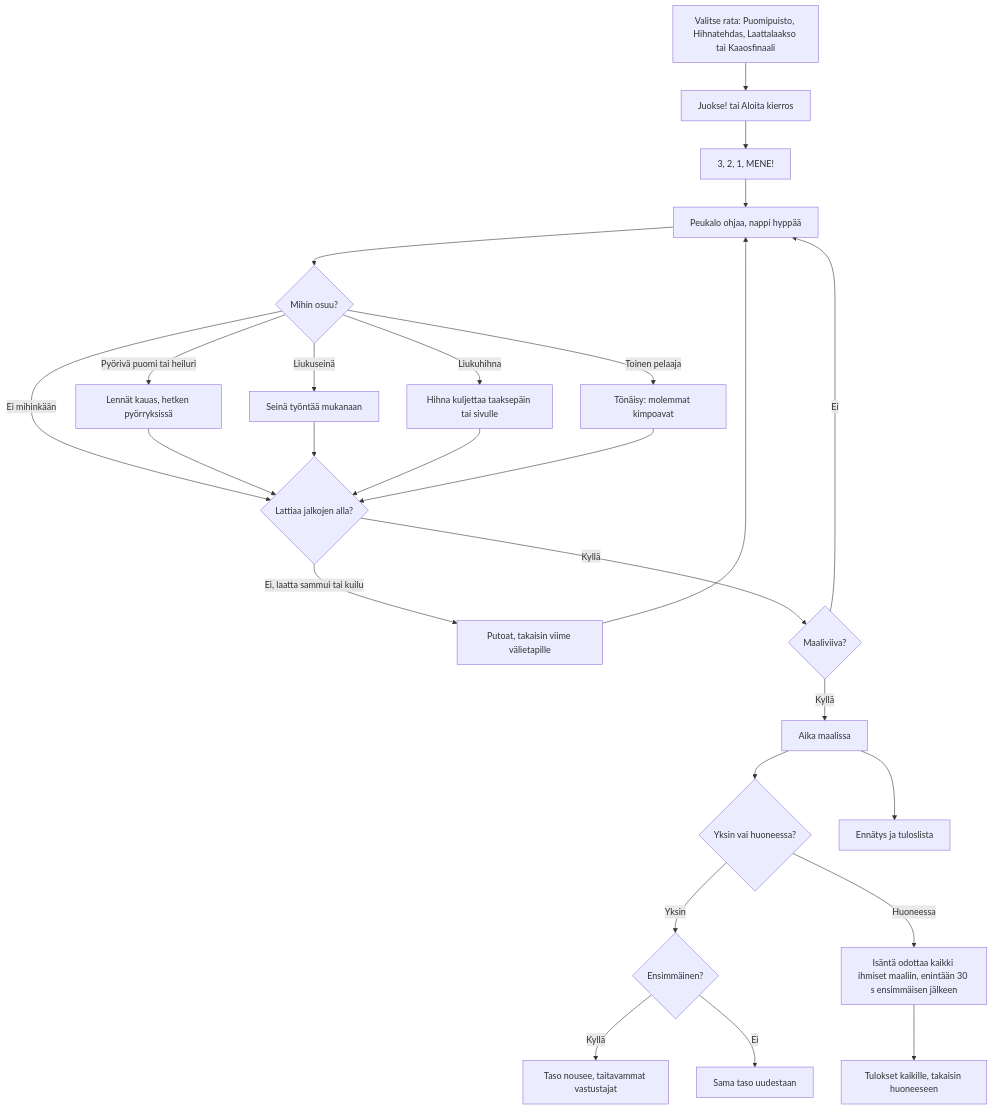
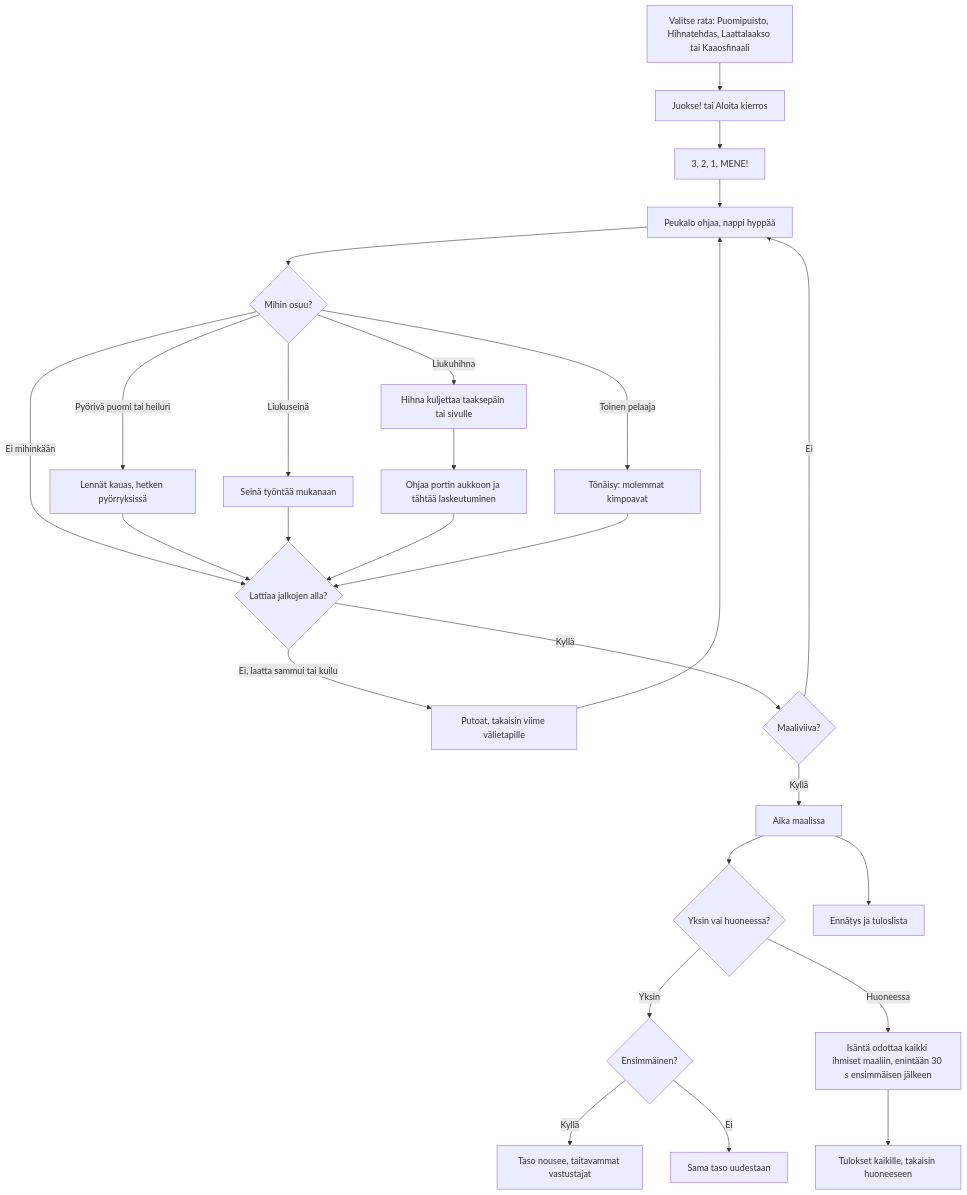
One commit to eerovil/ai-pelit changed the diagram in docs/diagrams/kaaosrata.md. Above: the diagram before and after it, drawn with Mermaid. The commit also changed other lines of this file and 34 other files, not shown here.

````diff
--- a/docs/diagrams/kaaosrata.md
+++ b/docs/diagrams/kaaosrata.md
@@ -18,34 +20,35 @@
 ```mermaid
 flowchart TD
   V[Valitse rata: Puomipuisto, Hihnatehdas, Laattalaakso tai Kaaosfinaali] --> A[Juokse! tai Aloita kierros]
   A --> B[3, 2, 1, MENE!]
   B --> C[Peukalo ohjaa, nappi hyppää]
   C --> D{Mihin osuu?}
   D -- Pyörivä puomi tai heiluri --> E[Lennät kauas, hetken pyörryksissä]
   D -- Liukuseinä --> F[Seinä työntää mukanaan]
   D -- Liukuhihna --> T[Hihna kuljettaa taaksepäin tai sivulle]
   D -- Toinen pelaaja --> G[Tönäisy: molemmat kimpoavat]
   D -- Ei mihinkään --> H{Lattiaa jalkojen alla?}
   E --> H
   F --> H
-  T --> H
+  T --> U[Ohjaa portin aukkoon ja tähtää laskeutuminen]
+  U --> H
   G --> H
   H -- Ei, laatta sammui tai kuilu --> I[Putoat, takaisin viime välietapille]
   I --> C
   H -- Kyllä --> J{Maaliviiva?}
   J -- Ei --> C
   J -- Kyllä --> K[Aika maalissa]
   K --> L{Yksin vai huoneessa?}
   L -- Yksin --> M{Ensimmäinen?}
   M -- Kyllä --> N[Taso nousee, taitavammat vastustajat]
   M -- Ei --> O[Sama taso uudestaan]
   L -- Huoneessa --> P[Isäntä odottaa kaikki ihmiset maaliin, enintään 30 s ensimmäisen jälkeen]
   P --> Q[Tulokset kaikille, takaisin huoneeseen]
   K --> R[Ennätys ja tuloslista]
-  class V,A,B,C blue
+  class V,A,B,C,U blue
   class D,H,J,L,M amber
   class F,G,T teal
   class P,Q violet
   class K,N,R green
   class E,I,O rose
 ```
````
